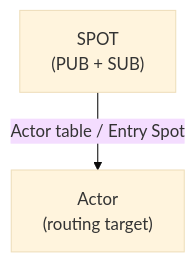
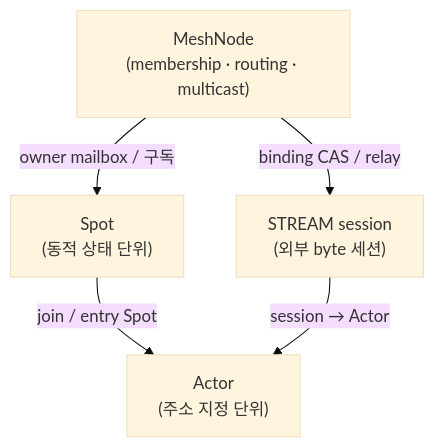
The second of 2 diagrams in core/doc/guide/07-0-services.ko.md (kairos-code-dev/zlink), drawn with Mermaid (base theme) before and after one commit. The commit also changed other lines of this file and 58 other files, not shown here.

````diff
--- a/core/doc/guide/07-0-services.ko.md
+++ b/core/doc/guide/07-0-services.ko.md
@@ -200,5 +152,8 @@
 ```mermaid
 flowchart TB
-    S1["SPOT<br/>(PUB + SUB)"]
-    S1 -- "Actor table / Entry Spot" --> A1["Actor<br/>(routing target)"]
+    N1["MeshNode<br/>(membership · routing · multicast)"]
+    N1 -- "owner mailbox / 구독" --> S1["Spot<br/>(동적 상태 단위)"]
+    S1 -- "join / entry Spot" --> A1["Actor<br/>(주소 지정 단위)"]
+    N1 -- "binding CAS / relay" --> T1["STREAM session<br/>(외부 byte 세션)"]
+    T1 -- "session → Actor" --> A1
 ```
````
